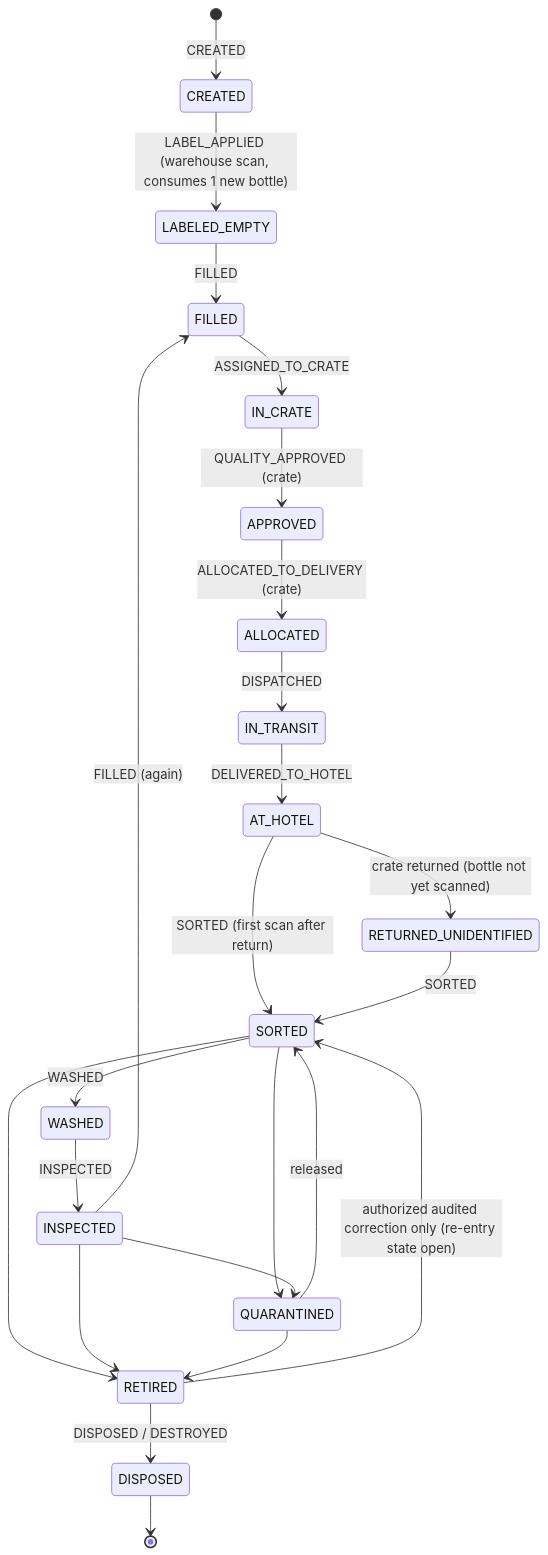
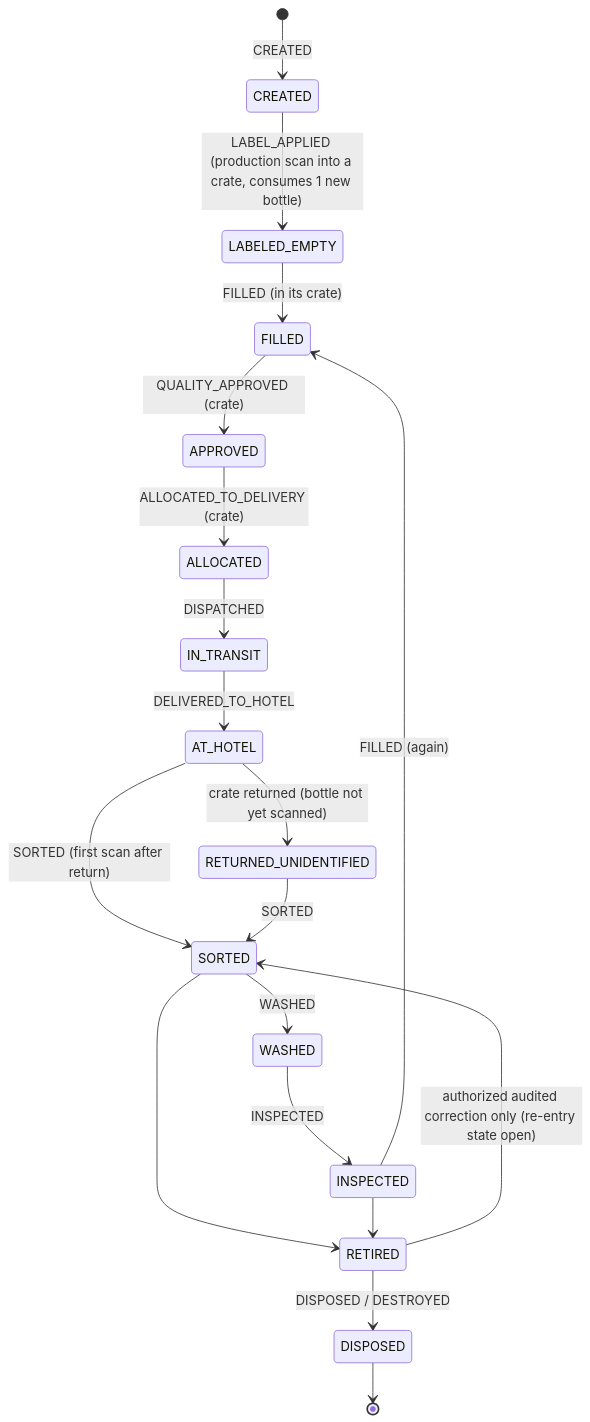
The diagram in docs/004-bottle-lifecycle.md (ElDiemo/AyvoOS), drawn with Mermaid before and after one commit. The commit also changed other lines of this file and 19 other files, not shown here.

First line of the commit message:
docs: Production Core v0.1 design, crate capacity 40 (ADR 0021), OIDC auth (ADR 0022)

````diff
--- a/docs/004-bottle-lifecycle.md
+++ b/docs/004-bottle-lifecycle.md
@@ -44,26 +47,21 @@
 ```mermaid
 stateDiagram-v2
   [*] --> CREATED: CREATED
-  CREATED --> LABELED_EMPTY: LABEL_APPLIED (warehouse scan, consumes 1 new bottle)
-  LABELED_EMPTY --> FILLED: FILLED
-  FILLED --> IN_CRATE: ASSIGNED_TO_CRATE
-  IN_CRATE --> APPROVED: QUALITY_APPROVED (crate)
+  CREATED --> LABELED_EMPTY: LABEL_APPLIED (production scan into a crate, consumes 1 new bottle)
+  LABELED_EMPTY --> FILLED: FILLED (in its crate)
+  FILLED --> APPROVED: QUALITY_APPROVED (crate)
   APPROVED --> ALLOCATED: ALLOCATED_TO_DELIVERY (crate)
   ALLOCATED --> IN_TRANSIT: DISPATCHED
   IN_TRANSIT --> AT_HOTEL: DELIVERED_TO_HOTEL
   AT_HOTEL --> RETURNED_UNIDENTIFIED: crate returned (bottle not yet scanned)
   AT_HOTEL --> SORTED: SORTED (first scan after return)
   RETURNED_UNIDENTIFIED --> SORTED: SORTED
   SORTED --> WASHED: WASHED
   WASHED --> INSPECTED: INSPECTED
   INSPECTED --> FILLED: FILLED (again)
-  SORTED --> QUARANTINED
-  INSPECTED --> QUARANTINED
-  QUARANTINED --> SORTED: released
   SORTED --> RETIRED
   INSPECTED --> RETIRED
-  QUARANTINED --> RETIRED
   RETIRED --> DISPOSED: DISPOSED / DESTROYED
   RETIRED --> SORTED: authorized audited correction only (re-entry state open)
   DISPOSED --> [*]
 ```
````
